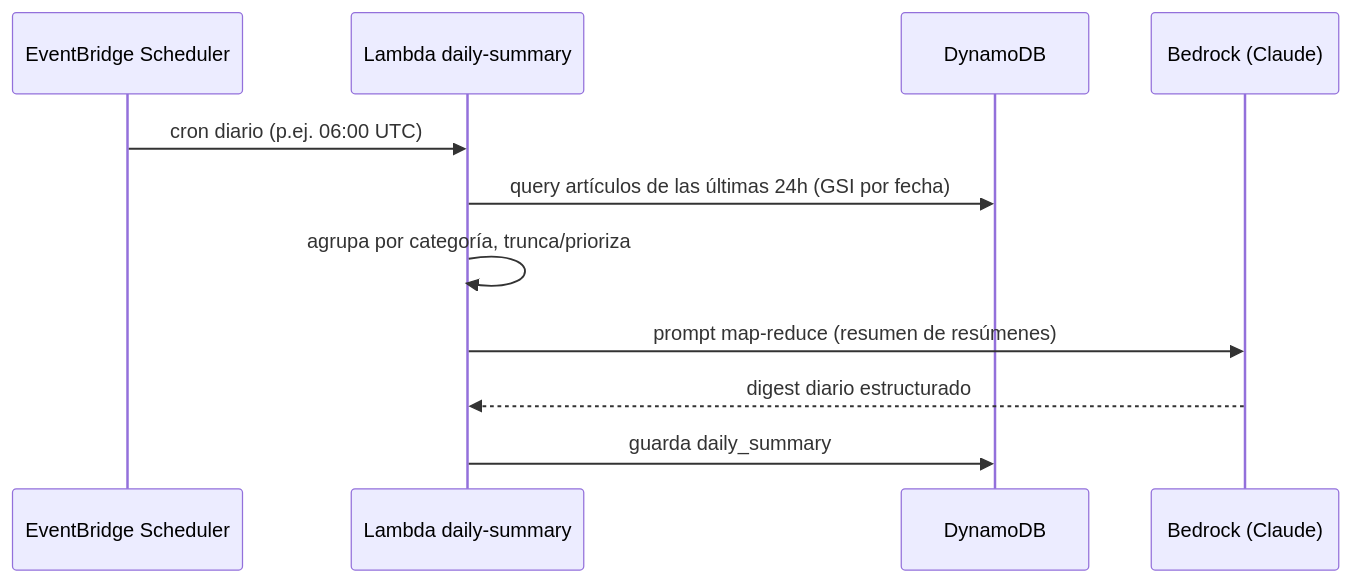
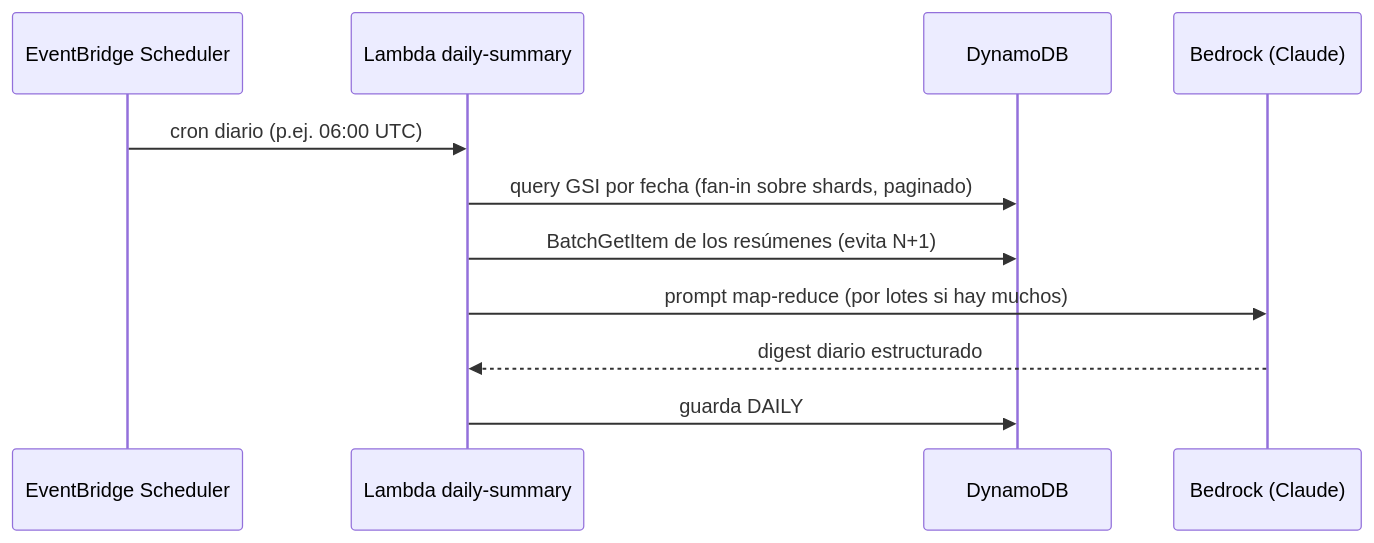
Before and after one commit to JMMAILabs/NewsNow: the second of 2 diagrams in docs/diagrams/arquitectura-ia.md, drawn with Mermaid. The commit also changed other lines of this file and 14 other files, not shown here.

````diff
--- a/docs/diagrams/arquitectura-ia.md
+++ b/docs/diagrams/arquitectura-ia.md
@@ -39,14 +40,14 @@
 ```mermaid
 sequenceDiagram
     participant EB as EventBridge Scheduler
     participant L as Lambda daily-summary
     participant DDB as DynamoDB
     participant BR as Bedrock (Claude)
 
     EB->>L: cron diario (p.ej. 06:00 UTC)
-    L->>DDB: query artículos de las últimas 24h (GSI por fecha)
-    L->>L: agrupa por categoría, trunca/prioriza
-    L->>BR: prompt map-reduce (resumen de resúmenes)
+    L->>DDB: query GSI por fecha (fan-in sobre shards, paginado)
+    L->>DDB: BatchGetItem de los resúmenes (evita N+1)
+    L->>BR: prompt map-reduce (por lotes si hay muchos)
     BR-->>L: digest diario estructurado
-    L->>DDB: guarda daily_summary#YYYY-MM-DD
+    L->>DDB: guarda DAILY#YYYY-MM-DD
 ```
````
